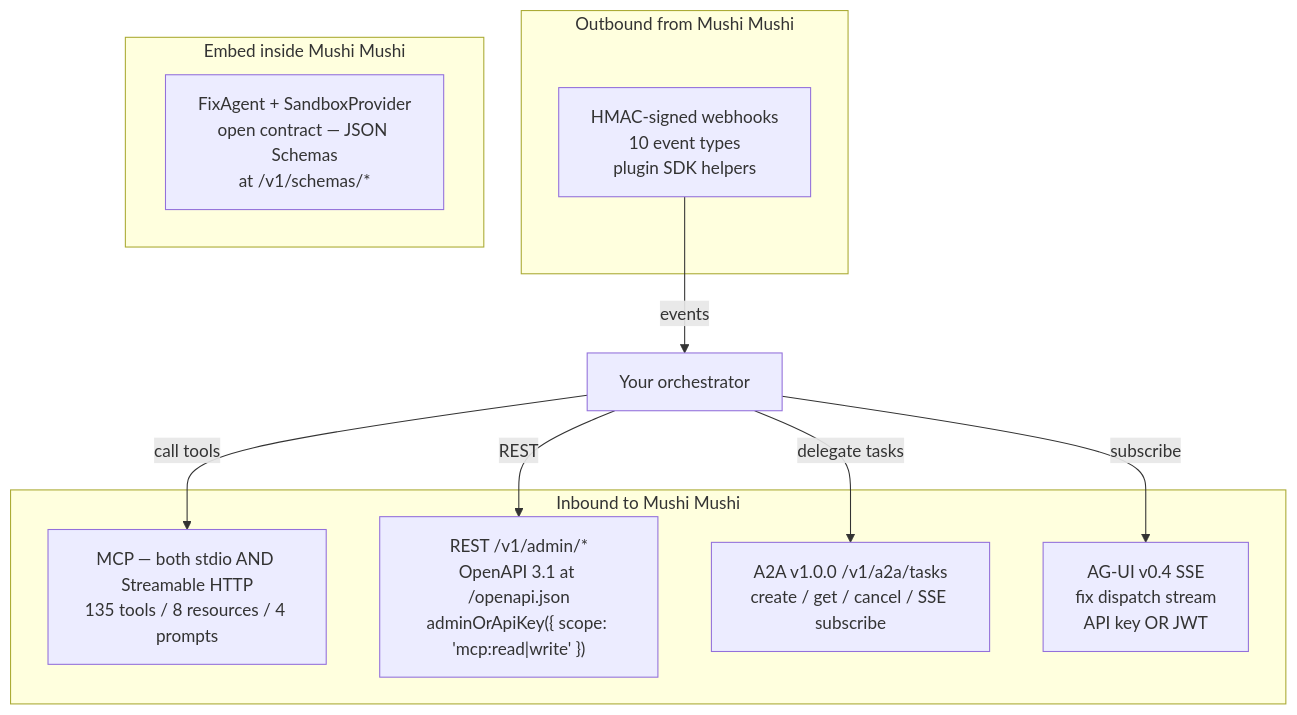
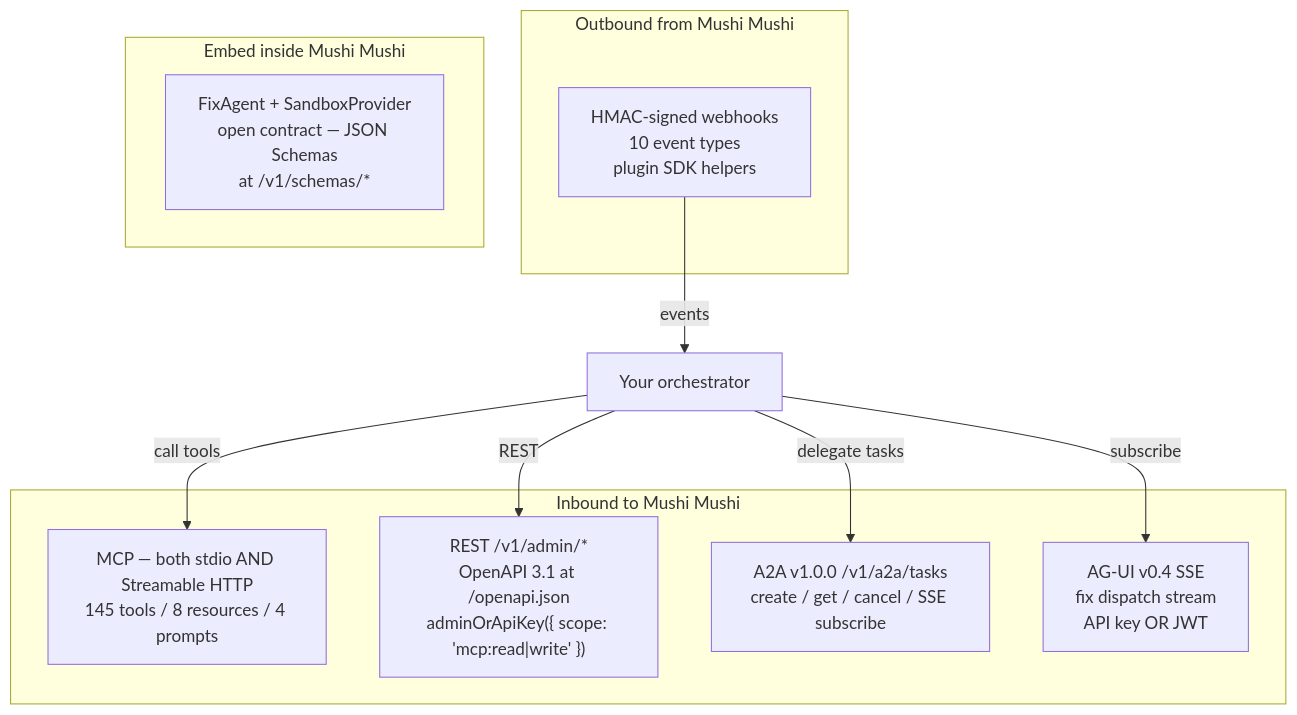
One commit to kensaurus/mushi-mushi changed the diagram in apps/docs/content/concepts/orchestrator-interop.mdx. Above: the diagram before and after it, drawn with Mermaid. The commit also changed other lines of this file and 535 other files, not shown here.

First line of the commit message:
Release 2026-11-27: tinted-text chips, iteration timeline, native captures and personas, security proof and release kits (ADRs 0071-0074) (#1252)

````diff
--- a/apps/docs/content/concepts/orchestrator-interop.mdx
+++ b/apps/docs/content/concepts/orchestrator-interop.mdx
@@ -32,20 +32,20 @@
 ```mermaid
 flowchart TB
   subgraph Inbound["Inbound to Mushi Mushi"]
-    MCP["MCP — both stdio AND Streamable HTTP<br/>135 tools / 8 resources / 4 prompts"]
+    MCP["MCP — both stdio AND Streamable HTTP<br/>145 tools / 8 resources / 4 prompts"]
     REST["REST /v1/admin/*<br/>OpenAPI 3.1 at /openapi.json<br/>adminOrApiKey({ scope: 'mcp:read|write' })"]
     A2A["A2A v1.0.0 /v1/a2a/tasks<br/>create / get / cancel / SSE subscribe"]
     AGUI["AG-UI v0.4 SSE<br/>fix dispatch stream<br/>API key OR JWT"]
   end
   subgraph Outbound["Outbound from Mushi Mushi"]
     Hooks["HMAC-signed webhooks<br/>10 event types<br/>plugin SDK helpers"]
   end
   subgraph Native["Embed inside Mushi Mushi"]
     FA["FixAgent + SandboxProvider<br/>open contract — JSON Schemas<br/>at /v1/schemas/*"]
   end
   Orch["Your orchestrator"] -->|"call tools"| MCP
   Orch -->|"REST"| REST
   Orch -->|"delegate tasks"| A2A
   Orch -->|"subscribe"| AGUI
   Hooks -->|"events"| Orch
 ```
````
